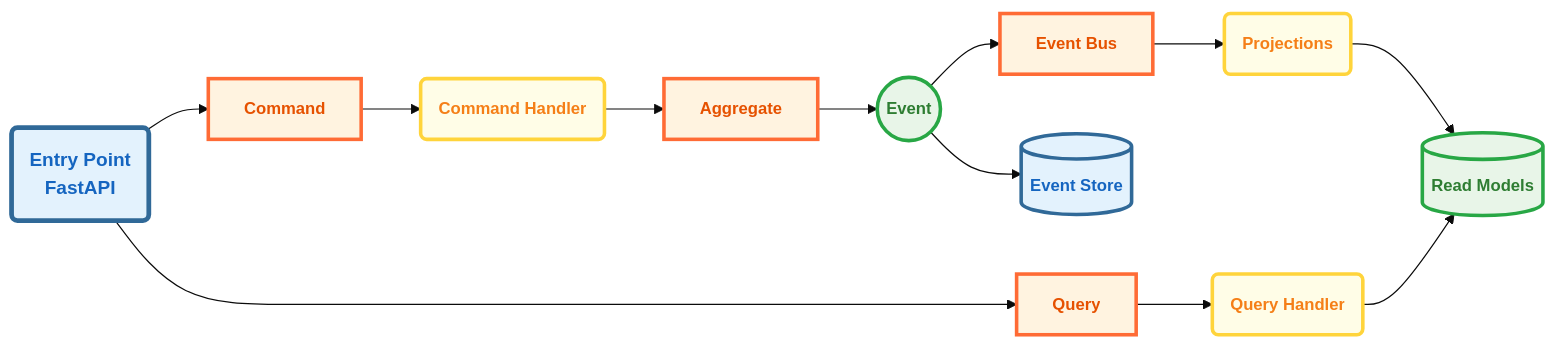
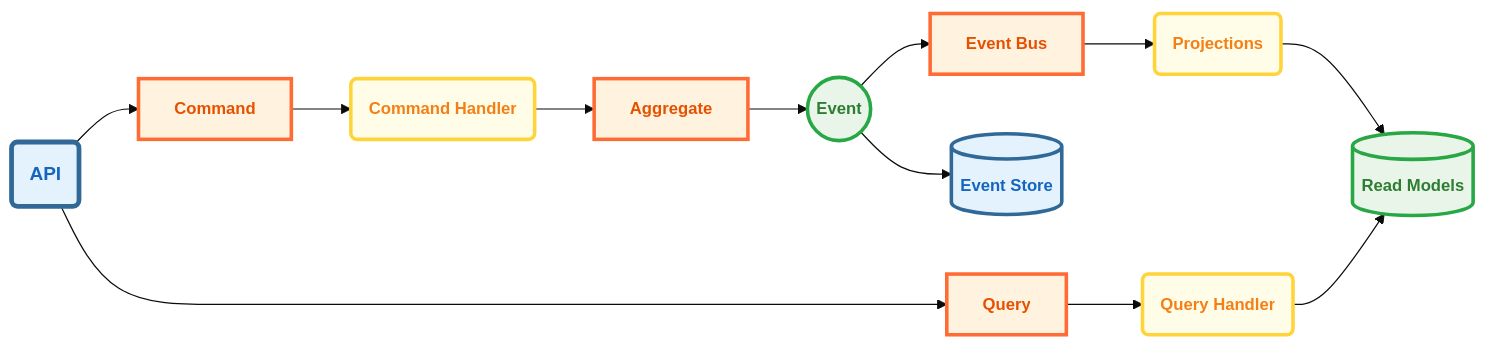
One commit to anmarkoulis/event-sourcing changed the diagram in docs/presentation/diagrams/source/event-sourcing-flow.mmd. Above: the diagram before and after it, drawn with Mermaid (base theme).

Commit message:
docs: fix diagram removing FastAPI (#92)

```diff
--- a/docs/presentation/diagrams/source/event-sourcing-flow.mmd
+++ b/docs/presentation/diagrams/source/event-sourcing-flow.mmd
@@ -1,26 +1,26 @@
 graph LR
-    A(Entry Point<br/>FastAPI) --> B[Command]
+    A(API) --> B[Command]
     A --> J[Query]
 
     B --> C(Command Handler)
     C --> D[Aggregate]
     D --> E((Event))
     E --> F[(Event Store)]
     E --> G[Event Bus]
     G --> I(Projections)
     I --> K[(Read Models)]
 
     J --> L(Query Handler)
     L --> K
 
     style A fill:#E3F2FD,stroke:#306998,stroke-width:4px,color:#1565C0,font-weight:bold,font-size:16px,font-family:sans-serif
     style B fill:#FFF3E0,stroke:#FF6B35,stroke-width:3px,color:#E65100,font-weight:bold,font-size:14px,font-family:sans-serif
     style C fill:#FFFDE7,stroke:#FFD43B,stroke-width:3px,color:#F57F17,font-weight:bold,font-size:14px,font-family:sans-serif
     style D fill:#FFF3E0,stroke:#FF6B35,stroke-width:3px,color:#E65100,font-weight:bold,font-size:14px,font-family:sans-serif
     style E fill:#E8F5E8,stroke:#28A745,stroke-width:3px,color:#2E7D32,font-weight:bold,font-size:14px,font-family:sans-serif
     style F fill:#E3F2FD,stroke:#306998,stroke-width:3px,color:#1565C0,font-weight:bold,font-size:14px,font-family:sans-serif
     style G fill:#FFF3E0,stroke:#FF6B35,stroke-width:3px,color:#E65100,font-weight:bold,font-size:14px,font-family:sans-serif
     style I fill:#FFFDE7,stroke:#FFD43B,stroke-width:3px,color:#F57F17,font-weight:bold,font-size:14px,font-family:sans-serif
     style J fill:#FFF3E0,stroke:#FF6B35,stroke-width:3px,color:#E65100,font-weight:bold,font-size:14px,font-family:sans-serif
     style K fill:#E8F5E8,stroke:#28A745,stroke-width:3px,color:#2E7D32,font-weight:bold,font-size:14px,font-family:sans-serif
     style L fill:#FFFDE7,stroke:#FFD43B,stroke-width:3px,color:#F57F17,font-weight:bold,font-size:14px,font-family:sans-serif
```
